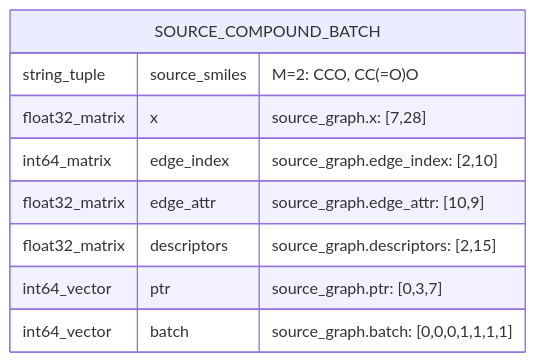
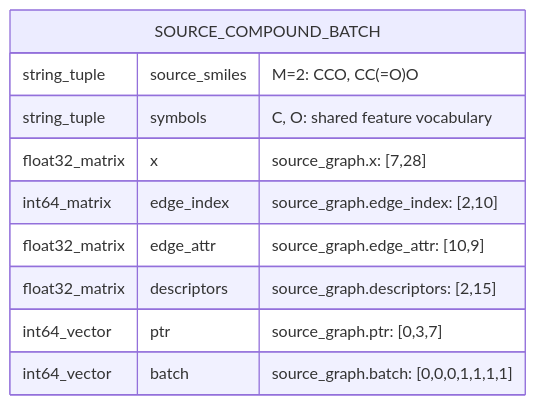
The first of 4 diagrams in fredis/ml/input/SCHEMA.md (MotohiroOGAWA/FREDIS), drawn with Mermaid before and after one commit. The commit also changed other lines of this file and 17 other files, not shown here.

````diff
--- a/fredis/ml/input/SCHEMA.md
+++ b/fredis/ml/input/SCHEMA.md
@@ -23,12 +23,13 @@
 ```mermaid
 erDiagram
     SOURCE_COMPOUND_BATCH {
         string_tuple source_smiles "M=2: CCO, CC(=O)O"
+        string_tuple symbols "C, O: shared feature vocabulary"
         float32_matrix x "source_graph.x: [7,28]"
         int64_matrix edge_index "source_graph.edge_index: [2,10]"
         float32_matrix edge_attr "source_graph.edge_attr: [10,9]"
         float32_matrix descriptors "source_graph.descriptors: [2,15]"
         int64_vector ptr "source_graph.ptr: [0,3,7]"
         int64_vector batch "source_graph.batch: [0,0,0,1,1,1,1]"
     }
 ```
````
